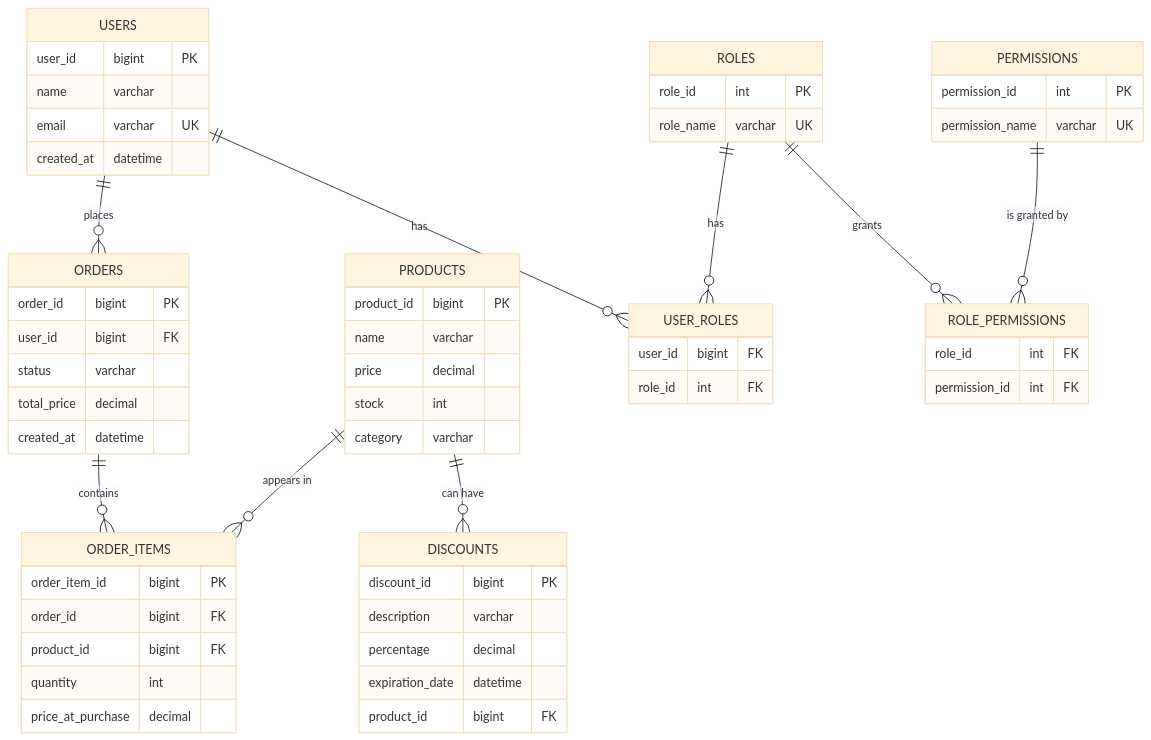
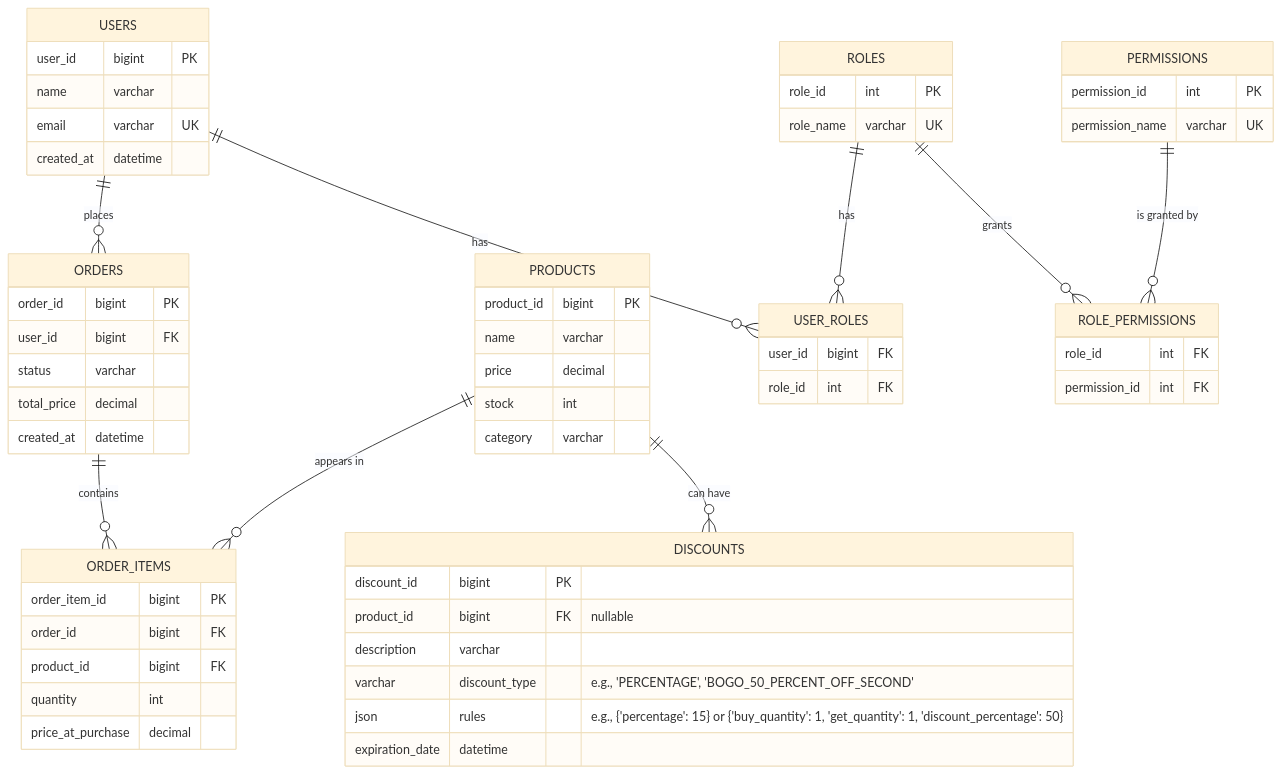
One commit to ngaikkeung/electronic-store-checkout-backend changed the eighth of 8 diagrams in Diagram.md. Above: the diagram before and after it, drawn with Mermaid (base theme). The commit also changed 9 other files, not shown here.

Commit message:
Add ER diagram

````diff
--- a/Diagram.md
+++ b/Diagram.md
@@ -312,72 +312,73 @@
 ```mermaid
 erDiagram
     USERS {
         user_id bigint PK
         name varchar
         email varchar UK
         created_at datetime
     }
 
     ROLES {
         role_id int PK
         role_name varchar UK
     }
 
     PERMISSIONS {
         permission_id int PK
         permission_name varchar UK
     }
 
     PRODUCTS {
         product_id bigint PK
         name varchar
         price decimal
         stock int
         category varchar
     }
 
     DISCOUNTS {
         discount_id bigint PK
+        product_id bigint FK "nullable"
         description varchar
-        percentage decimal
+        varchar discount_type "e.g., 'PERCENTAGE', 'BOGO_50_PERCENT_OFF_SECOND'"
+        json rules "e.g., {'percentage': 15} or {'buy_quantity': 1, 'get_quantity': 1, 'discount_percentage': 50}"
         expiration_date datetime
-        product_id bigint FK
     }
 
     ORDERS {
         order_id bigint PK
         user_id bigint FK
         status varchar
         total_price decimal
         created_at datetime
     }
 
     ORDER_ITEMS {
         order_item_id bigint PK
         order_id bigint FK
         product_id bigint FK
         quantity int
         price_at_purchase decimal
     }
 
     %% --- Join Tables for Many-to-Many Relationships ---
     USER_ROLES {
         user_id bigint FK
         role_id int FK
     }
 
     ROLE_PERMISSIONS {
         role_id int FK
         permission_id int FK
     }
 
     %% --- Relationships ---
     USERS ||--o{ USER_ROLES : "has"
     ROLES ||--o{ USER_ROLES : "has"
     ROLES ||--o{ ROLE_PERMISSIONS : "grants"
     PERMISSIONS ||--o{ ROLE_PERMISSIONS : "is granted by"
     USERS ||--o{ ORDERS : "places"
     ORDERS ||--o{ ORDER_ITEMS : "contains"
     PRODUCTS ||--o{ ORDER_ITEMS : "appears in"
     PRODUCTS ||--o{ DISCOUNTS : "can have"
 ```
````
